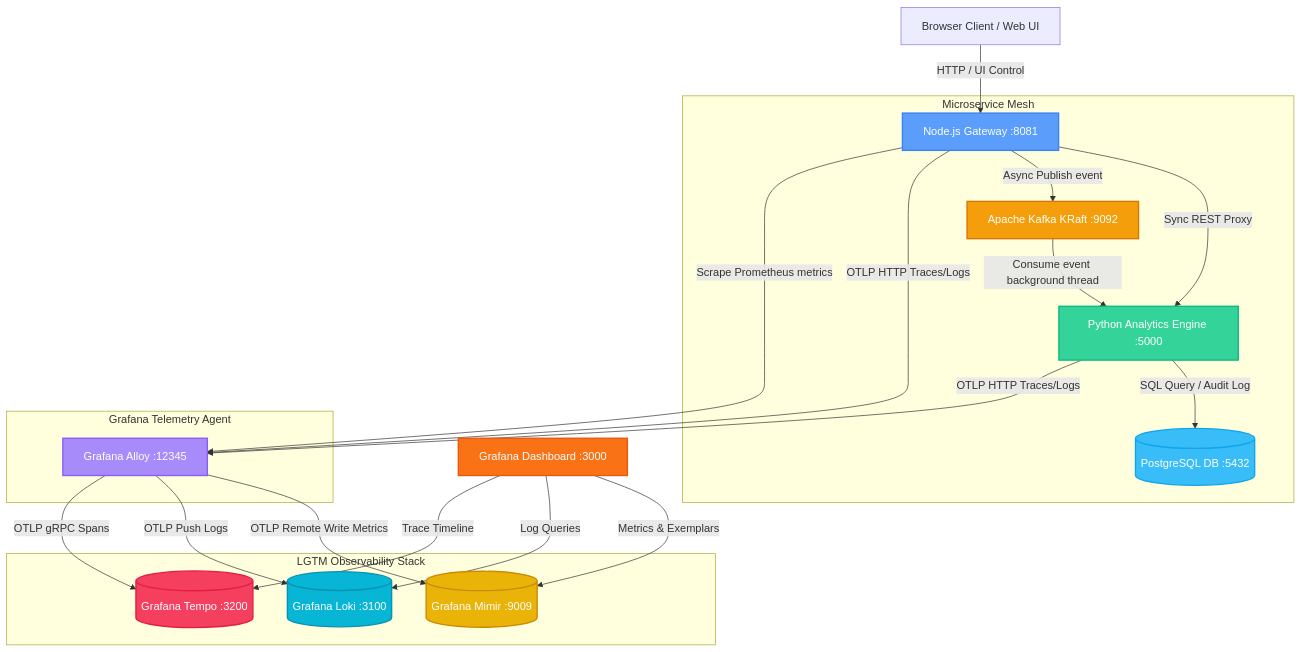
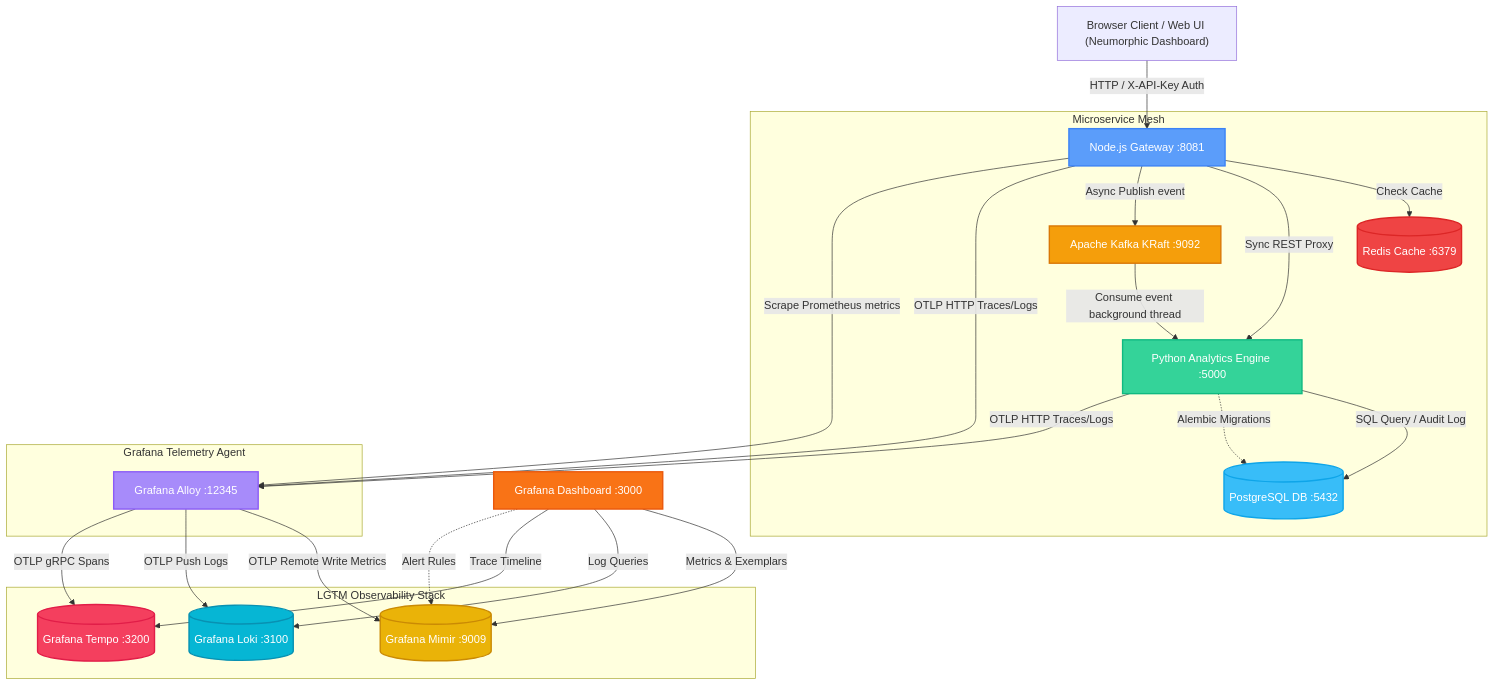
One commit to bh-gaur/LGTM changed the diagram in architecture.md. Above: the diagram before and after it, drawn with Mermaid. The commit also changed other lines of this file and 76 other files, not shown here.

Commit message:
add more microservices and update flow and restructure directories

````diff
--- a/architecture.md
+++ b/architecture.md
@@ -9,48 +9,52 @@
 ```mermaid
 graph TD
     %% User/Client layer
-    User[Browser Client / Web UI] -->|HTTP / UI Control| NodeApp[Node.js Gateway :8081]
+    User["Browser Client / Web UI (Neumorphic Dashboard)"] -->|HTTP / X-API-Key Auth| NodeApp[Node.js Gateway :8081]
     
     %% Gateway and Application Microservices
     subgraph Microservice Mesh
+        NodeApp -->|Check Cache| Redis[(Redis Cache :6379)]
         NodeApp -->|Sync REST Proxy| PyApp[Python Analytics Engine :5000]
         NodeApp -->|Async Publish event| Kafka[Apache Kafka KRaft :9092]
         Kafka -->|Consume event background thread| PyApp
         PyApp -->|SQL Query / Audit Log| Postgres[(PostgreSQL DB :5432)]
+        PyApp -.->|Alembic Migrations| Postgres
     end
 
     %% Telemetry Collection Layer
     subgraph Grafana Telemetry Agent
         Alloy[Grafana Alloy :12345]
         NodeApp -->|OTLP HTTP Traces/Logs| Alloy
         PyApp -->|OTLP HTTP Traces/Logs| Alloy
         NodeApp -->|Scrape Prometheus metrics| Alloy
     end
 
     %% Storage Backends
     subgraph LGTM Observability Stack
         Mimir[(Grafana Mimir :9009)]
         Loki[(Grafana Loki :3100)]
         Tempo[(Grafana Tempo :3200)]
         
         Alloy -->|OTLP Remote Write Metrics| Mimir
         Alloy -->|OTLP Push Logs| Loki
         Alloy -->|OTLP gRPC Spans| Tempo
     end
 
     %% Visualization Layer
     Grafana[Grafana Dashboard :3000] -->|Metrics & Exemplars| Mimir
     Grafana -->|Log Queries| Loki
     Grafana -->|Trace Timeline| Tempo
+    Grafana -.->|Alert Rules| Mimir
 
     %% Color Styling
     style NodeApp fill:#5b9dfa,stroke:#3b82f6,stroke-width:2px,color:#fff
+    style Redis fill:#ef4444,stroke:#dc2626,stroke-width:2px,color:#fff
     style Kafka fill:#f59e0b,stroke:#d97706,stroke-width:2px,color:#fff
     style PyApp fill:#34d399,stroke:#10b981,stroke-width:2px,color:#fff
     style Postgres fill:#38bdf8,stroke:#0ea5e9,stroke-width:2px,color:#fff
     style Alloy fill:#a78bfa,stroke:#8b5cf6,stroke-width:2px,color:#fff
     style Mimir fill:#eab308,stroke:#ca8a04,stroke-width:2px,color:#fff
     style Loki fill:#06b6d4,stroke:#0891b2,stroke-width:2px,color:#fff
     style Tempo fill:#f43f5e,stroke:#e11d48,stroke-width:2px,color:#fff
     style Grafana fill:#f97316,stroke:#ea580c,stroke-width:2px,color:#fff
 ```
````
